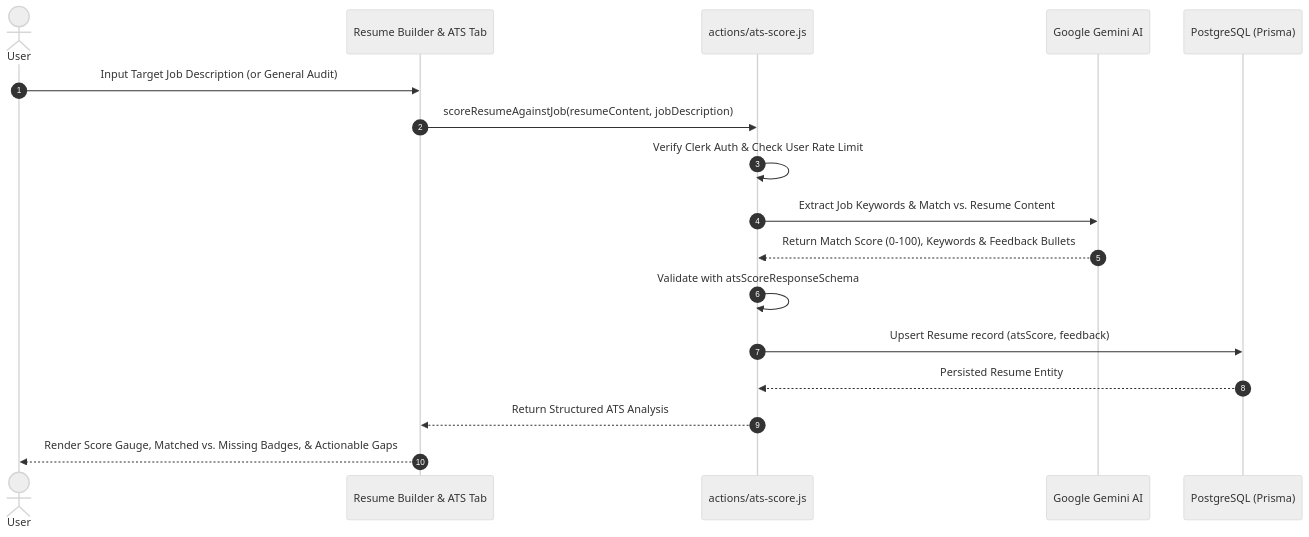
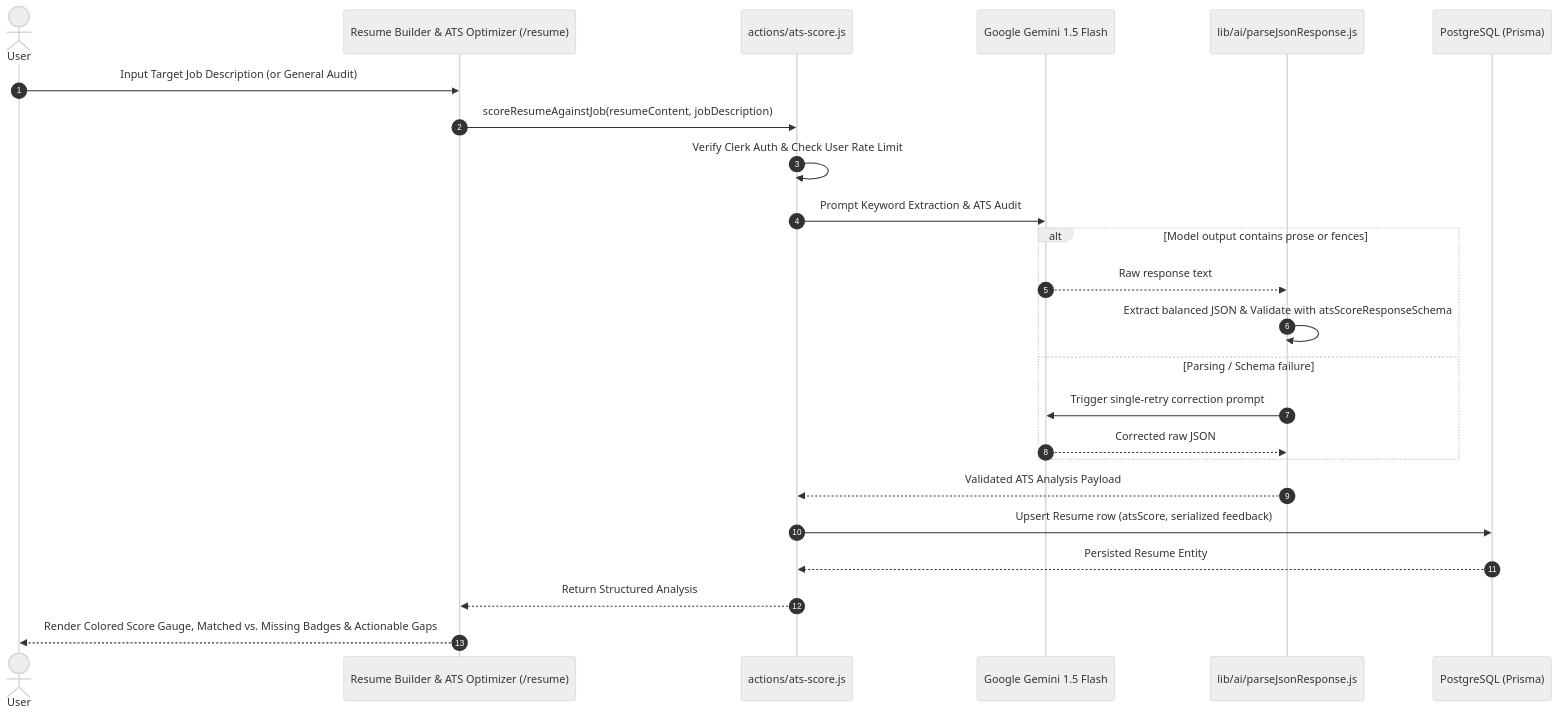
One commit to Katakam-Krupavathi/SensAI- changed the fourth of 6 diagrams in README.md. Above: the diagram before and after it, drawn with Mermaid (neutral theme). The commit also changed other lines of this file, not shown here.

````diff
--- a/README.md
+++ b/README.md
@@ -114,20 +208,27 @@
 ```mermaid
 sequenceDiagram
     autonumber
     actor User
-    participant App as Resume Builder & ATS Tab
+    participant App as Resume Builder & ATS Optimizer (/resume)
     participant ATSAction as actions/ats-score.js
-    participant Gemini as Google Gemini AI
+    participant Gemini as Google Gemini 1.5 Flash
+    participant Parser as lib/ai/parseJsonResponse.js
     participant DB as PostgreSQL (Prisma)
 
     User->>App: Input Target Job Description (or General Audit)
     App->>ATSAction: scoreResumeAgainstJob(resumeContent, jobDescription)
     ATSAction->>ATSAction: Verify Clerk Auth & Check User Rate Limit
-    ATSAction->>Gemini: Extract Job Keywords & Match vs. Resume Content
-    Gemini-->>ATSAction: Return Match Score (0-100), Keywords & Feedback Bullets
-    ATSAction->>ATSAction: Validate with atsScoreResponseSchema
-    ATSAction->>DB: Upsert Resume record (atsScore, feedback)
+    ATSAction->>Gemini: Prompt Keyword Extraction & ATS Audit
+    alt Model output contains prose or fences
+        Gemini-->>Parser: Raw response text
+        Parser->>Parser: Extract balanced JSON & Validate with atsScoreResponseSchema
+    else Parsing / Schema failure
+        Parser->>Gemini: Trigger single-retry correction prompt
+        Gemini-->>Parser: Corrected raw JSON
+    end
+    Parser-->>ATSAction: Validated ATS Analysis Payload
+    ATSAction->>DB: Upsert Resume row (atsScore, serialized feedback)
     DB-->>ATSAction: Persisted Resume Entity
-    ATSAction-->>App: Return Structured ATS Analysis
-    App-->>User: Render Score Gauge, Matched vs. Missing Badges, & Actionable Gaps
+    ATSAction-->>App: Return Structured Analysis
+    App-->>User: Render Colored Score Gauge, Matched vs. Missing Badges & Actionable Gaps
 ```
````
